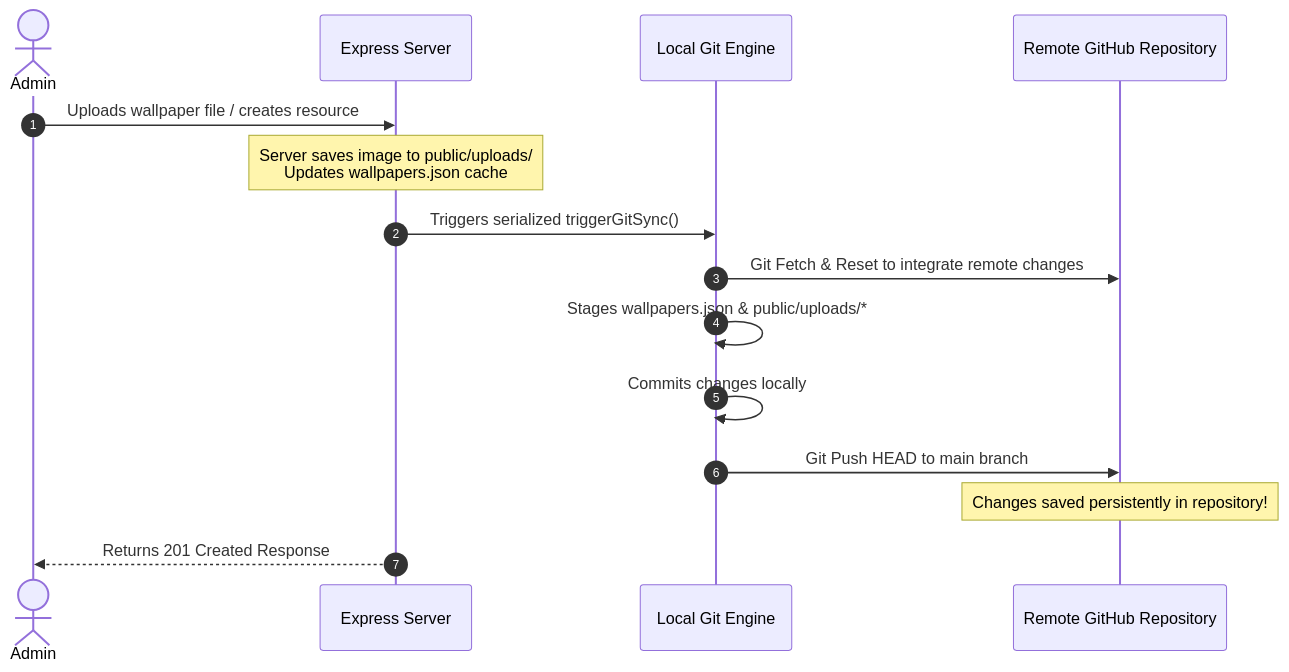
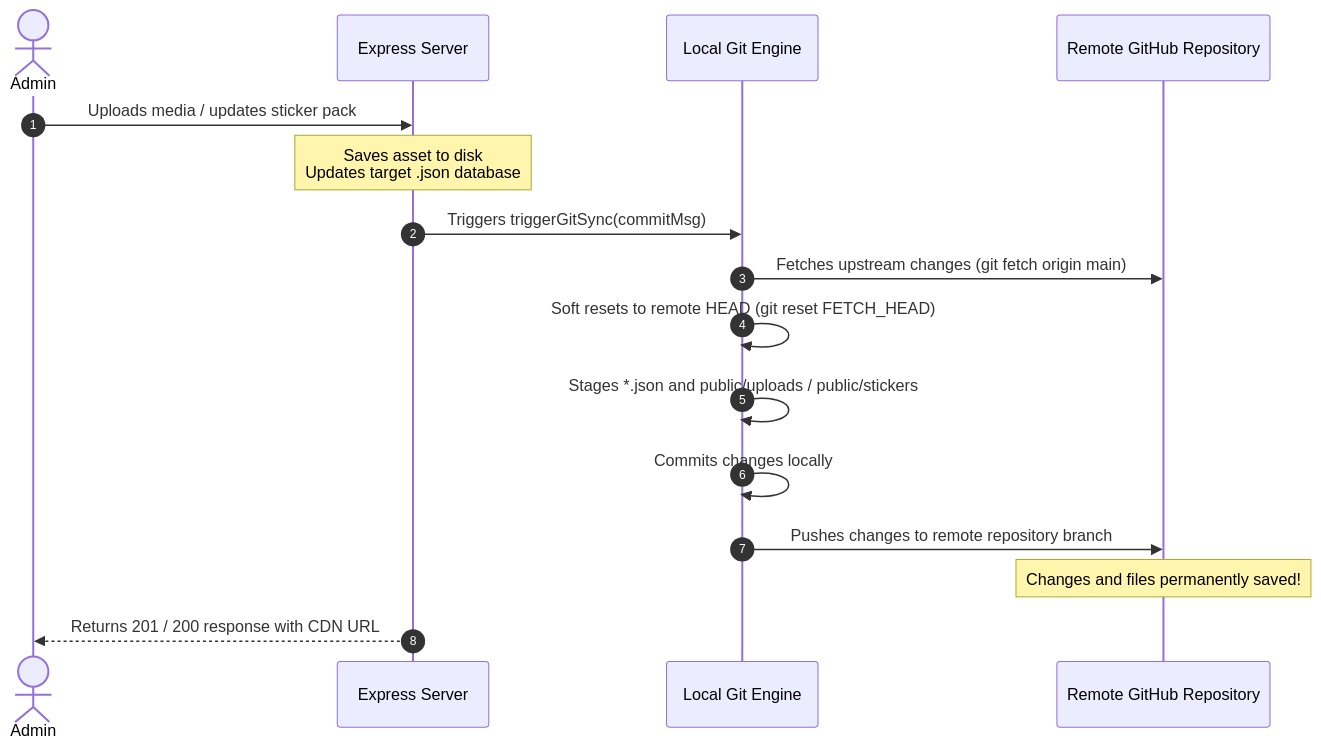
Before and after one commit to satyakiran29/Anify_Server: the second of 3 diagrams in README.md, drawn with Mermaid. The commit also changed other lines of this file and 1 other file, not shown here.

First line of the commit message:
Revamp README and update public/index.html

````diff
--- a/README.md
+++ b/README.md
@@ -270,18 +397,19 @@
 ```mermaid
 sequenceDiagram
     autonumber
     actor Admin
     participant Server as Express Server
     participant Git as Local Git Engine
     participant GitHub as Remote GitHub Repository
 
-    Admin->>Server: Uploads wallpaper file / creates resource
-    Note over Server: Server saves image to public/uploads/<br/>Updates wallpapers.json cache
-    Server->>Git: Triggers serialized triggerGitSync()
-    Git->>GitHub: Git Fetch & Reset to integrate remote changes
-    Git->>Git: Stages wallpapers.json & public/uploads/*
+    Admin->>Server: Uploads media / updates sticker pack
+    Note over Server: Saves asset to disk<br/>Updates target .json database
+    Server->>Git: Triggers triggerGitSync(commitMsg)
+    Git->>GitHub: Fetches upstream changes (git fetch origin main)
+    Git->>Git: Soft resets to remote HEAD (git reset FETCH_HEAD)
+    Git->>Git: Stages *.json and public/uploads / public/stickers
     Git->>Git: Commits changes locally
-    Git->>GitHub: Git Push HEAD to main branch
-    Note over GitHub: Changes saved persistently in repository!
-    Server-->>Admin: Returns 201 Created Response
+    Git->>GitHub: Pushes changes to remote repository branch
+    Note over GitHub: Changes and files permanently saved!
+    Server-->>Admin: Returns 201 / 200 response with CDN URL
 ```
````
